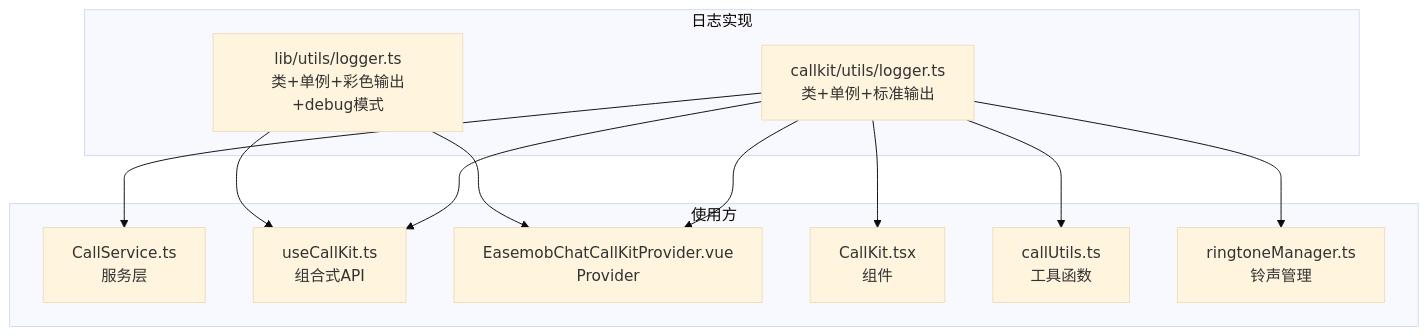
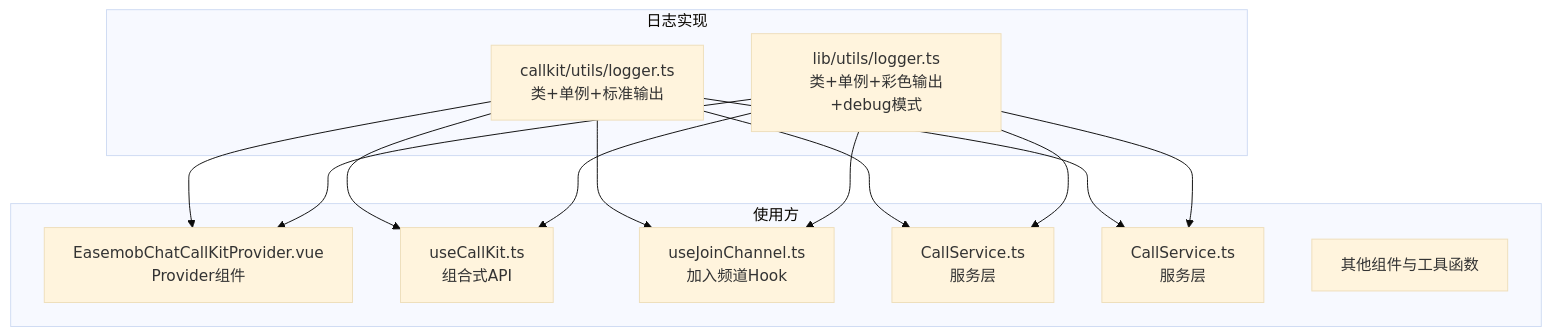
One commit to Easemob-Community/easemob-uikit-callkit-vue3 changed the first of 5 diagrams in .qoder/repowiki/zh/content/工具函数/日志管理器.md. Above: the diagram before and after it, drawn with Mermaid (base theme). The commit also changed other lines of this file and 40 other files, not shown here.

````diff
--- a/.qoder/repowiki/zh/content/工具函数/日志管理器.md
+++ b/.qoder/repowiki/zh/content/工具函数/日志管理器.md
@@ -35,23 +44,25 @@
 ```mermaid
 graph TB
 subgraph "日志实现"
 A["callkit/utils/logger.ts<br/>类+单例+标准输出"]
 B["lib/utils/logger.ts<br/>类+单例+彩色输出+debug模式"]
 end
 subgraph "使用方"
-C["CallService.ts<br/>服务层"]
+C["EasemobChatCallKitProvider.vue<br/>Provider组件"]
 D["useCallKit.ts<br/>组合式API"]
-E["EasemobChatCallKitProvider.vue<br/>Provider"]
-F["CallKit.tsx<br/>组件"]
-G["callUtils.ts<br/>工具函数"]
-H["ringtoneManager.ts<br/>铃声管理"]
+E["useJoinChannel.ts<br/>加入频道Hook"]
+F["CallService.ts<br/>服务层"]
+G["CallService.ts<br/>服务层"]
+H["其他组件与工具函数"]
 end
 A --> C
 A --> D
 A --> E
 A --> F
 A --> G
-A --> H
+B --> C
 B --> D
 B --> E
+B --> F
+B --> G
 ```
````
